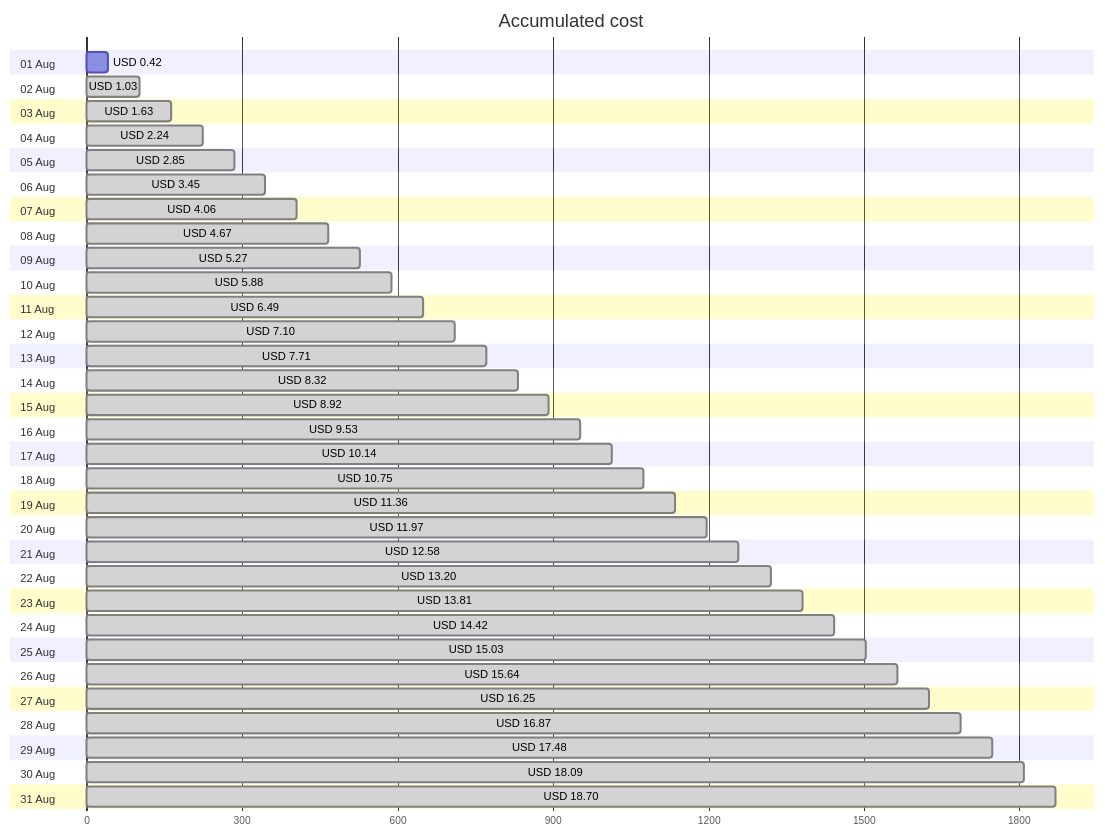
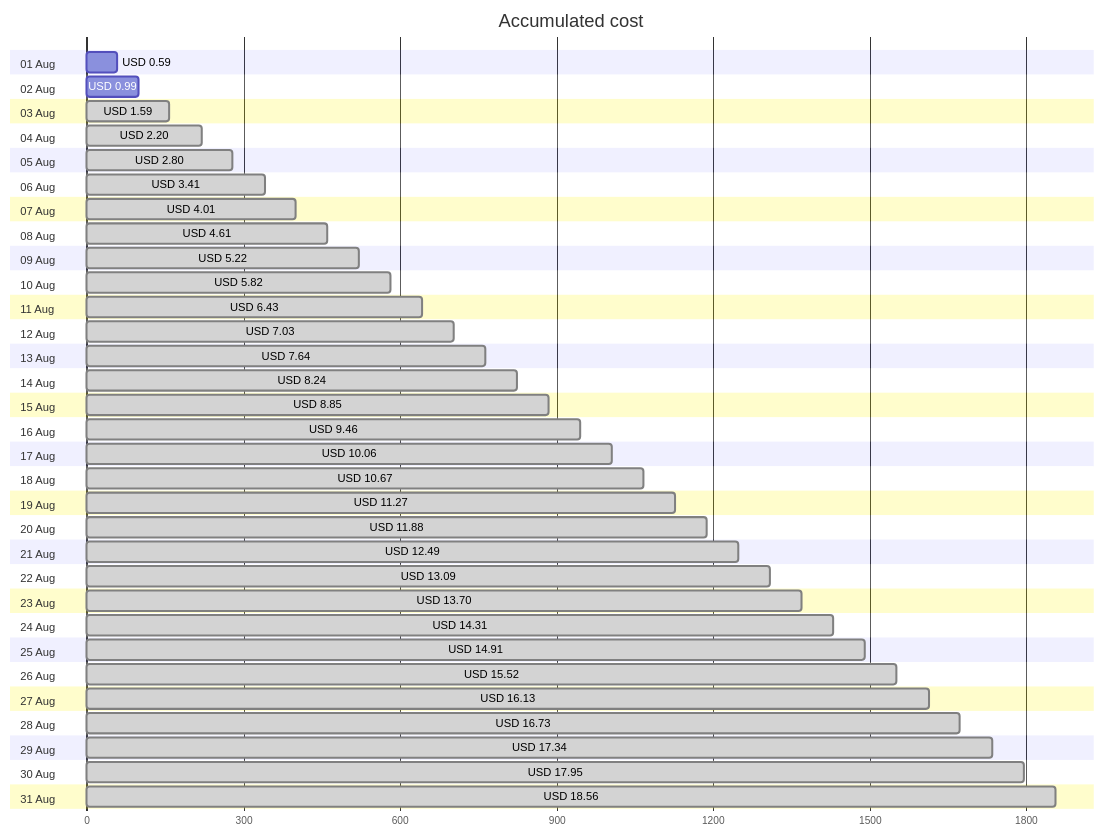
The first of 4 diagrams in cost-reports/personal-site/README.md (jpfulton/azure-personal-reports), drawn with Mermaid before and after one commit. The commit also changed other lines of this file and 6 other files, not shown here.

````diff
--- a/cost-reports/personal-site/README.md
+++ b/cost-reports/personal-site/README.md
@@ -20,68 +20,68 @@
 ```mermaid
 gantt
    title Accumulated cost
    dateFormat  X
    axisFormat %s
    section 01 Aug
-   USD 0.42 :0, 42
+   USD 0.59 :0, 59
    section 02 Aug
-   USD 1.03 : done, 0, 103
+   USD 0.99 :0, 99
    section 03 Aug
-   USD 1.63 : done, 0, 163
+   USD 1.59 : done, 0, 159
    section 04 Aug
-   USD 2.24 : done, 0, 224
+   USD 2.20 : done, 0, 220
    section 05 Aug
-   USD 2.85 : done, 0, 285
+   USD 2.80 : done, 0, 280
    section 06 Aug
-   USD 3.45 : done, 0, 345
+   USD 3.41 : done, 0, 341
    section 07 Aug
-   USD 4.06 : done, 0, 406
+   USD 4.01 : done, 0, 401
    section 08 Aug
-   USD 4.67 : done, 0, 467
+   USD 4.61 : done, 0, 461
    section 09 Aug
-   USD 5.27 : done, 0, 527
+   USD 5.22 : done, 0, 522
    section 10 Aug
-   USD 5.88 : done, 0, 588
+   USD 5.82 : done, 0, 582
    section 11 Aug
-   USD 6.49 : done, 0, 649
+   USD 6.43 : done, 0, 643
    section 12 Aug
-   USD 7.10 : done, 0, 710
+   USD 7.03 : done, 0, 703
    section 13 Aug
-   USD 7.71 : done, 0, 771
+   USD 7.64 : done, 0, 764
    section 14 Aug
-   USD 8.32 : done, 0, 832
+   USD 8.24 : done, 0, 824
    section 15 Aug
-   USD 8.92 : done, 0, 892
+   USD 8.85 : done, 0, 885
    section 16 Aug
-   USD 9.53 : done, 0, 953
+   USD 9.46 : done, 0, 946
    section 17 Aug
-   USD 10.14 : done, 0, 1014
+   USD 10.06 : done, 0, 1006
    section 18 Aug
-   USD 10.75 : done, 0, 1075
+   USD 10.67 : done, 0, 1067
    section 19 Aug
-   USD 11.36 : done, 0, 1136
+   USD 11.27 : done, 0, 1127
    section 20 Aug
-   USD 11.97 : done, 0, 1197
+   USD 11.88 : done, 0, 1188
    section 21 Aug
-   USD 12.58 : done, 0, 1258
+   USD 12.49 : done, 0, 1249
    section 22 Aug
-   USD 13.20 : done, 0, 1320
+   USD 13.09 : done, 0, 1309
    section 23 Aug
-   USD 13.81 : done, 0, 1381
+   USD 13.70 : done, 0, 1370
    section 24 Aug
-   USD 14.42 : done, 0, 1442
+   USD 14.31 : done, 0, 1431
    section 25 Aug
-   USD 15.03 : done, 0, 1503
+   USD 14.91 : done, 0, 1491
    section 26 Aug
-   USD 15.64 : done, 0, 1564
+   USD 15.52 : done, 0, 1552
    section 27 Aug
-   USD 16.25 : done, 0, 1625
+   USD 16.13 : done, 0, 1613
    section 28 Aug
-   USD 16.87 : done, 0, 1687
+   USD 16.73 : done, 0, 1673
    section 29 Aug
-   USD 17.48 : done, 0, 1748
+   USD 17.34 : done, 0, 1734
    section 30 Aug
-   USD 18.09 : done, 0, 1809
+   USD 17.95 : done, 0, 1795
    section 31 Aug
-   USD 18.70 : done, 0, 1870
+   USD 18.56 : done, 0, 1856
 ```
````
